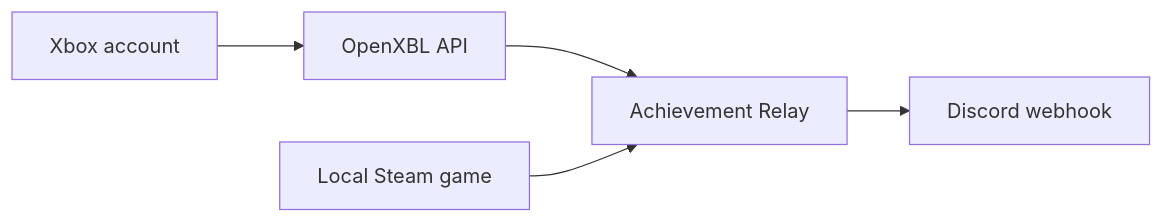
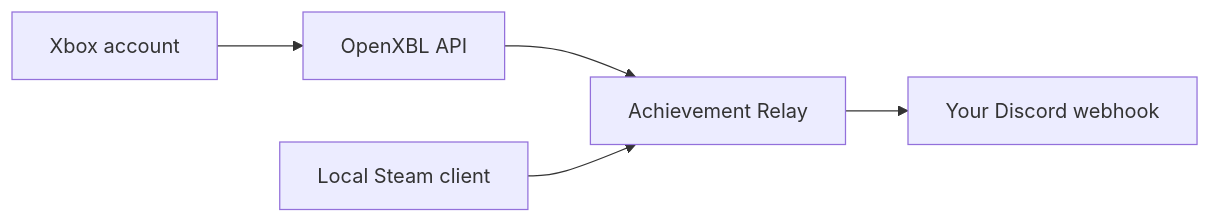
Before and after one commit to Conroy1988/Achievement-Relay: the diagram in README.md, drawn with Mermaid. The commit also changed other lines of this file and 30 other files, not shown here.

````diff
--- a/README.md
+++ b/README.md
@@ -30,7 +57,7 @@
 ```mermaid
 flowchart LR
     X["Xbox account"] --> O["OpenXBL API"]
     O --> R["Achievement Relay"]
-    S["Local Steam game"] --> R
-    R --> D["Discord webhook"]
+    S["Local Steam client"] --> R
+    R --> D["Your Discord webhook"]
 ```
````
